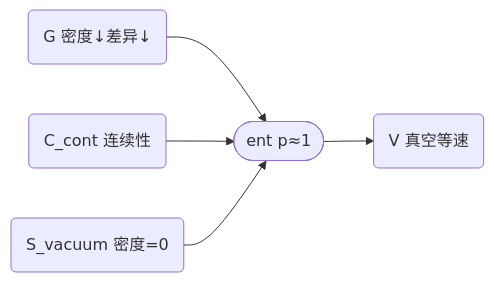
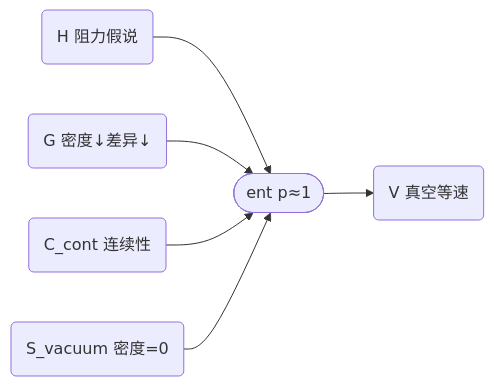
One commit to SiliconEinstein/Gaia changed the eighth of 11 diagrams in docs/foundations/theory/science-formalization.md. Above: the diagram before and after it, drawn with Mermaid. The commit also changed other lines of this file, not shown here.

First line of the commit message:
docs: restructure coarse factor graph — analogy weakpoint, A_vac, explaining away

````diff
--- a/docs/foundations/theory/science-formalization.md
+++ b/docs/foundations/theory/science-formalization.md
@@ -338,7 +320,8 @@
 ```mermaid
 graph LR
-    G("G 密度↓差异↓") --> f(["ent p≈1"])
+    H("H 阻力假说") --> f(["ent p≈1"])
+    G("G 密度↓差异↓") --> f
     Ccont("C_cont 连续性") --> f
     Svac("S_vacuum 密度=0") --> f
     f --> V("V 真空等速")
 ```
````
